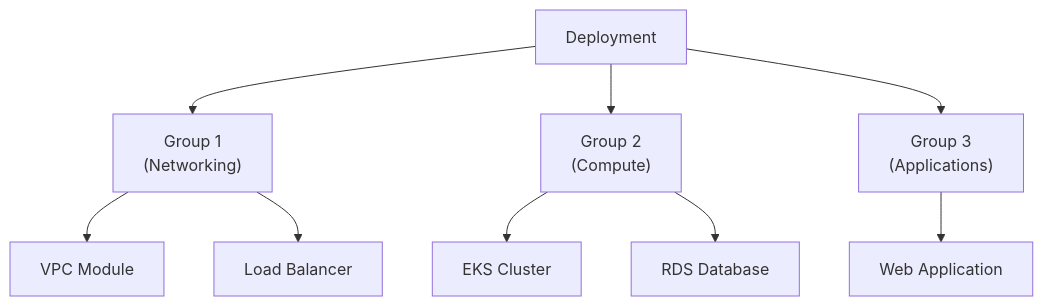
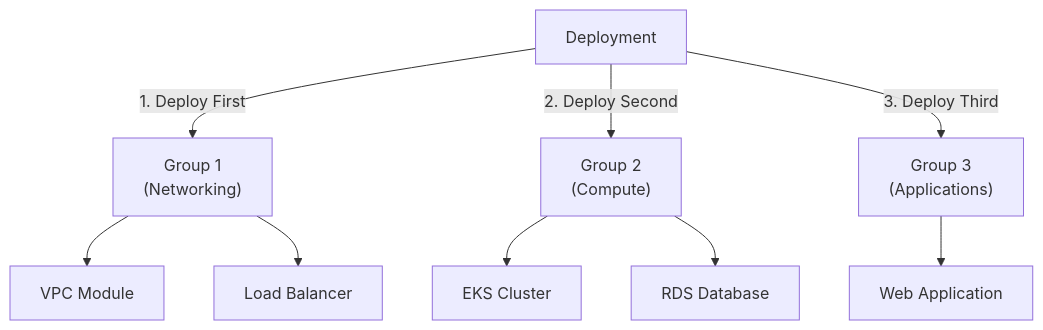
The third of 3 diagrams in docs_v2/docs/concepts/architecture.md (dgraeber/seed-farmer), drawn with Mermaid before and after one commit. The commit also changed other lines of this file, not shown here.

Commit message:
chore: fix deployment schematic

````diff
--- a/docs_v2/docs/concepts/architecture.md
+++ b/docs_v2/docs/concepts/architecture.md
@@ -147,14 +147,16 @@
 ```mermaid
 graph TD
-    D[Deployment] --> G1["Group 1<br/>(Networking)"]
-    D --> G2["Group 2<br/>(Compute)"]
-    D --> G3["Group 3<br/>(Applications)"]
+    SF[Deployment] 
+    
+    SF -->|"1. Deploy First"| G1["Group 1<br/>(Networking)"]
+    SF -->|"2. Deploy Second"| G2["Group 2<br/>(Compute)"]
+    SF -->|"3. Deploy Third"| G3["Group 3<br/>(Applications)"]
     
     G1 --> M1[VPC Module]
     G1 --> M3[Load Balancer]
     
     G2 --> M4[EKS Cluster]
     G2 --> M5[RDS Database]
     
     G3 --> M6[Web Application]
 ```
````
